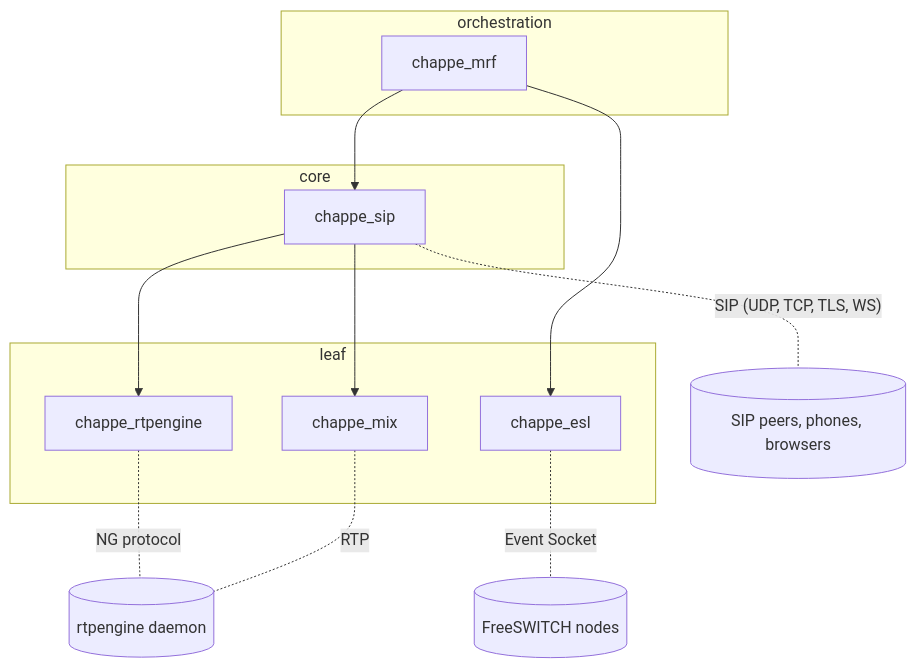
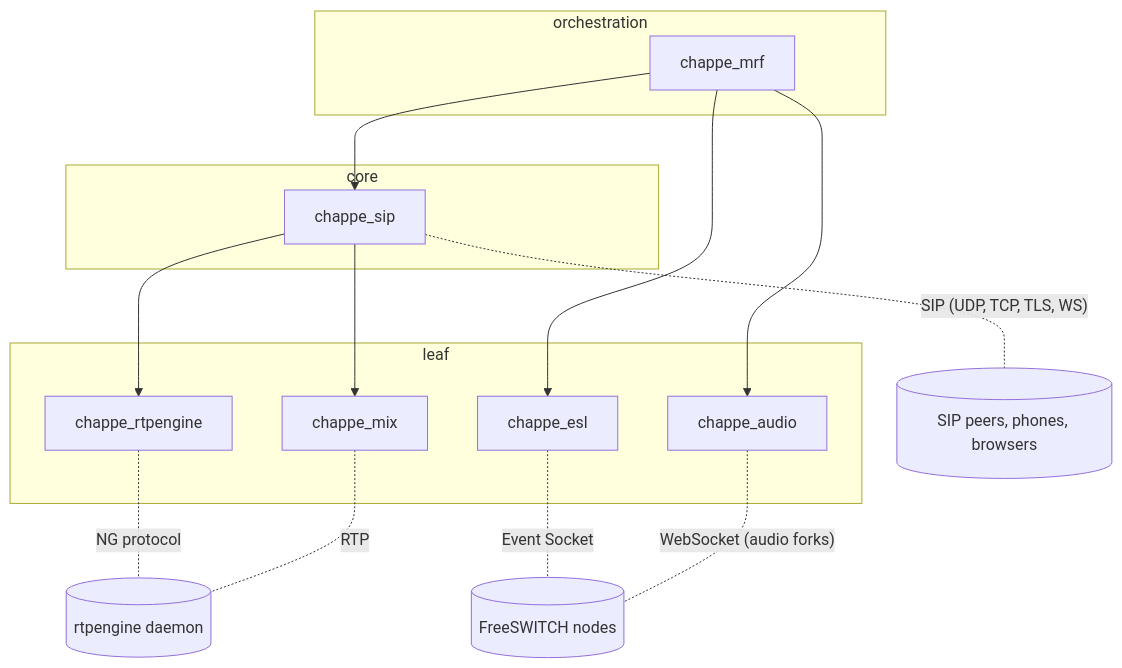
The first of 7 diagrams in docs/architecture.md (benoitc/chappe), drawn with Mermaid before and after one commit. The commit also changed other lines of this file and 25 other files, not shown here.

Commit message:
add chappe_audio, a websocket sink for freeswitch audio forks

````diff
--- a/docs/architecture.md
+++ b/docs/architecture.md
@@ -19,22 +19,25 @@
 ```mermaid
 flowchart TB
     subgraph orchestration
         mrf[chappe_mrf]
     end
     subgraph core
         sip[chappe_sip]
     end
     subgraph leaf
         rtpe[chappe_rtpengine]
         mix[chappe_mix]
         esl[chappe_esl]
+        audio[chappe_audio]
     end
     mrf --> sip
     mrf --> esl
+    mrf --> audio
     sip --> rtpe
     sip --> mix
     sip -. "SIP (UDP, TCP, TLS, WS)" .- peers[(SIP peers, phones, browsers)]
     rtpe -. "NG protocol" .- rtpengine[(rtpengine daemon)]
     esl -. "Event Socket" .- fs[(FreeSWITCH nodes)]
     mix -. "RTP" .- rtpengine
+    audio -. "WebSocket (audio forks)" .- fs
 ```
````
